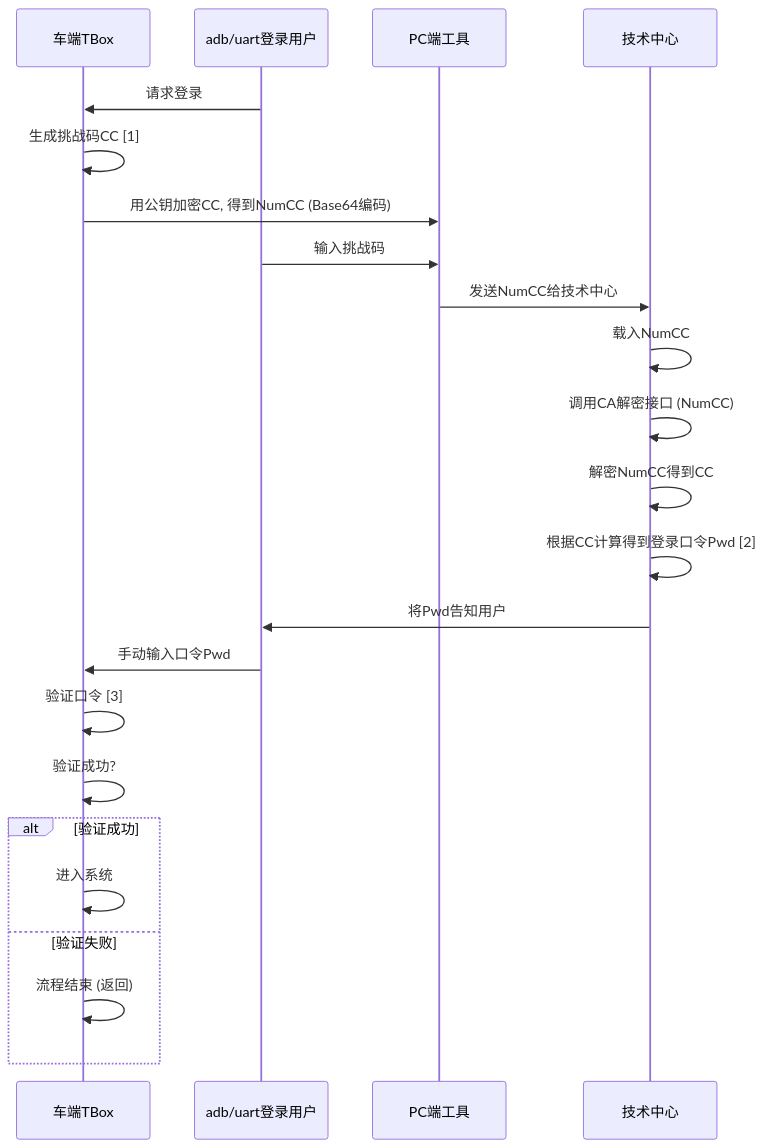
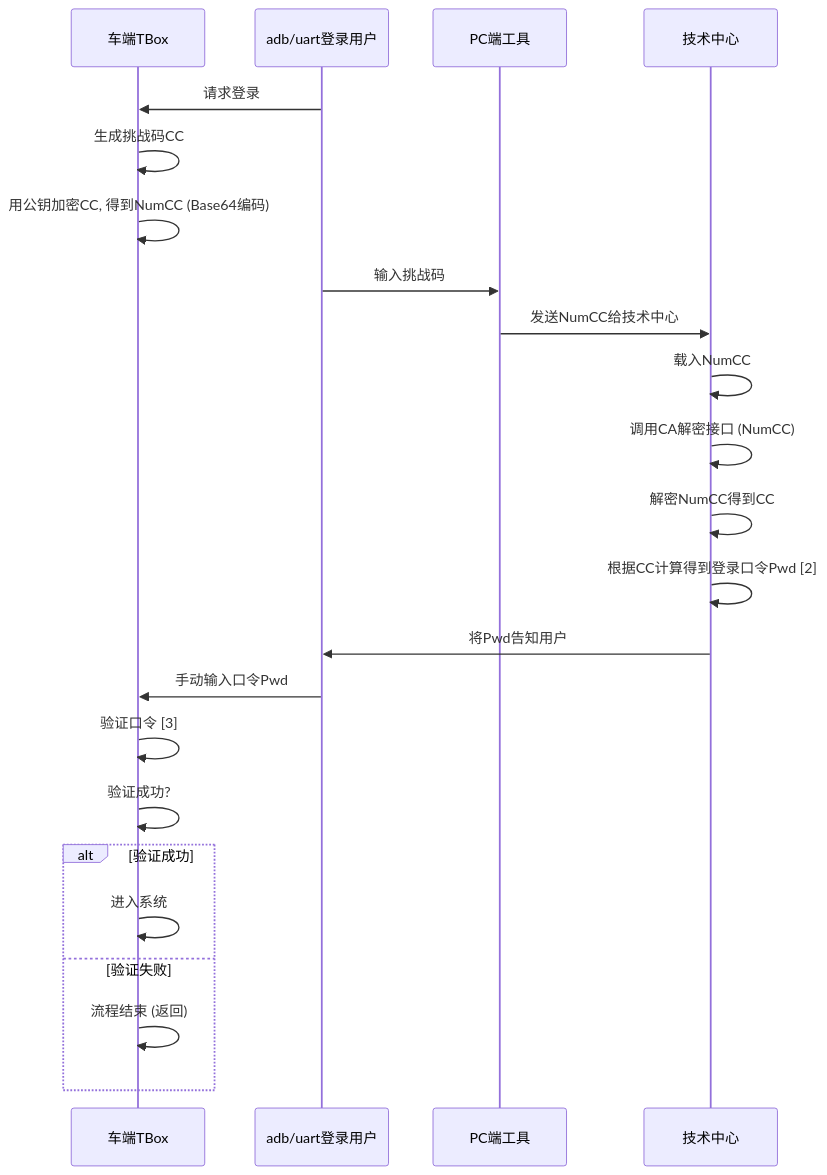
Before and after one commit to facebook-cloud/iodraw-files: the diagram in all/未命名-13.md, drawn with Mermaid.

Commit message:
2026-01-26 18:46:23 update

````diff
--- a/all/未命名-13.md
+++ b/all/未命名-13.md
@@ -1,29 +1,29 @@
 ```mermaid
 sequenceDiagram
     participant tbox as 车端TBox
     participant user as adb/uart登录用户
     participant pc as PC端工具
     participant tech_center as 技术中心
   
 
     user->>tbox: 请求登录
-    tbox->>tbox: 生成挑战码CC [1]
-    tbox->>pc: 用公钥加密CC, 得到NumCC (Base64编码)
+    tbox->>tbox: 生成挑战码CC
+    tbox->>tbox: 用公钥加密CC, 得到NumCC (Base64编码)
     user->>pc: 输入挑战码
     pc->>tech_center: 发送NumCC给技术中心
     tech_center->>tech_center: 载入NumCC
     tech_center->>tech_center: 调用CA解密接口 (NumCC)
     tech_center->>tech_center: 解密NumCC得到CC
     tech_center->>tech_center: 根据CC计算得到登录口令Pwd [2]
     tech_center->>user: 将Pwd告知用户
     user->>tbox: 手动输入口令Pwd
     tbox->>tbox: 验证口令 [3]
     tbox->>tbox: 验证成功?
     alt 验证成功
         tbox->>tbox: 进入系统
     else 验证失败
         tbox->>tbox: 流程结束 (返回)
     end
 
 
 ```
````
